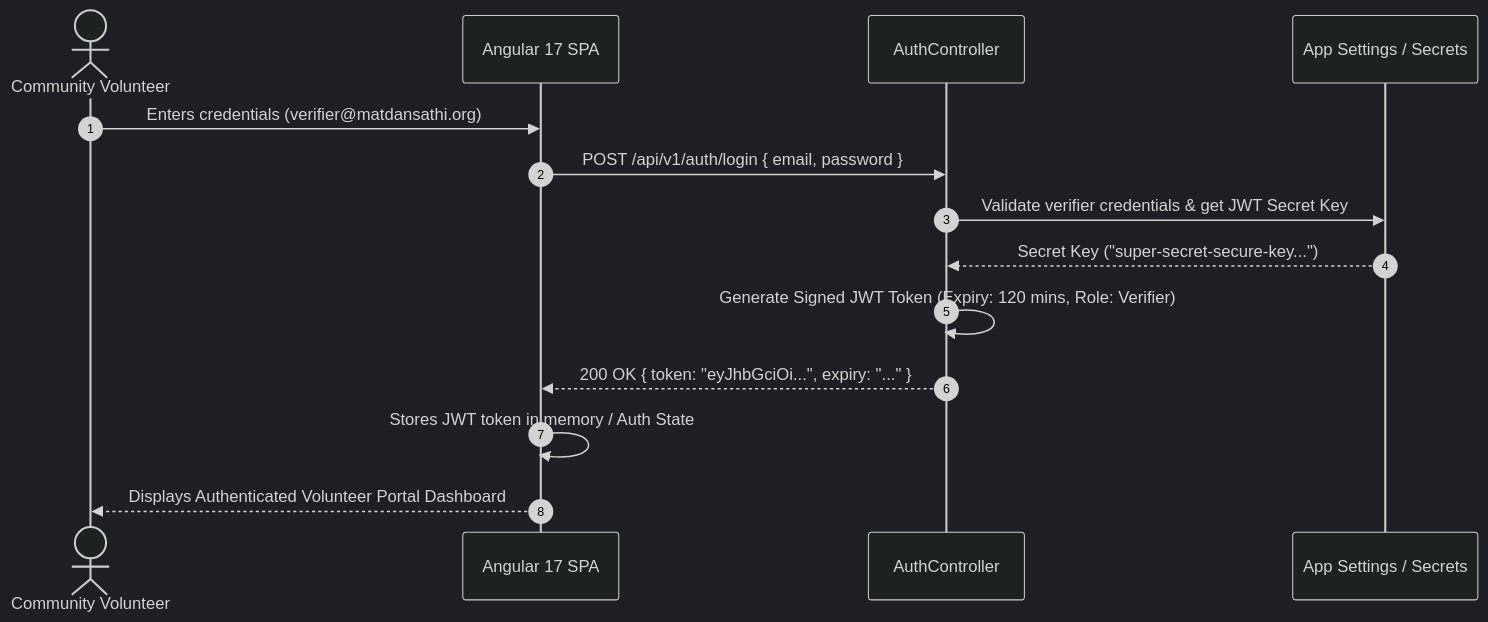
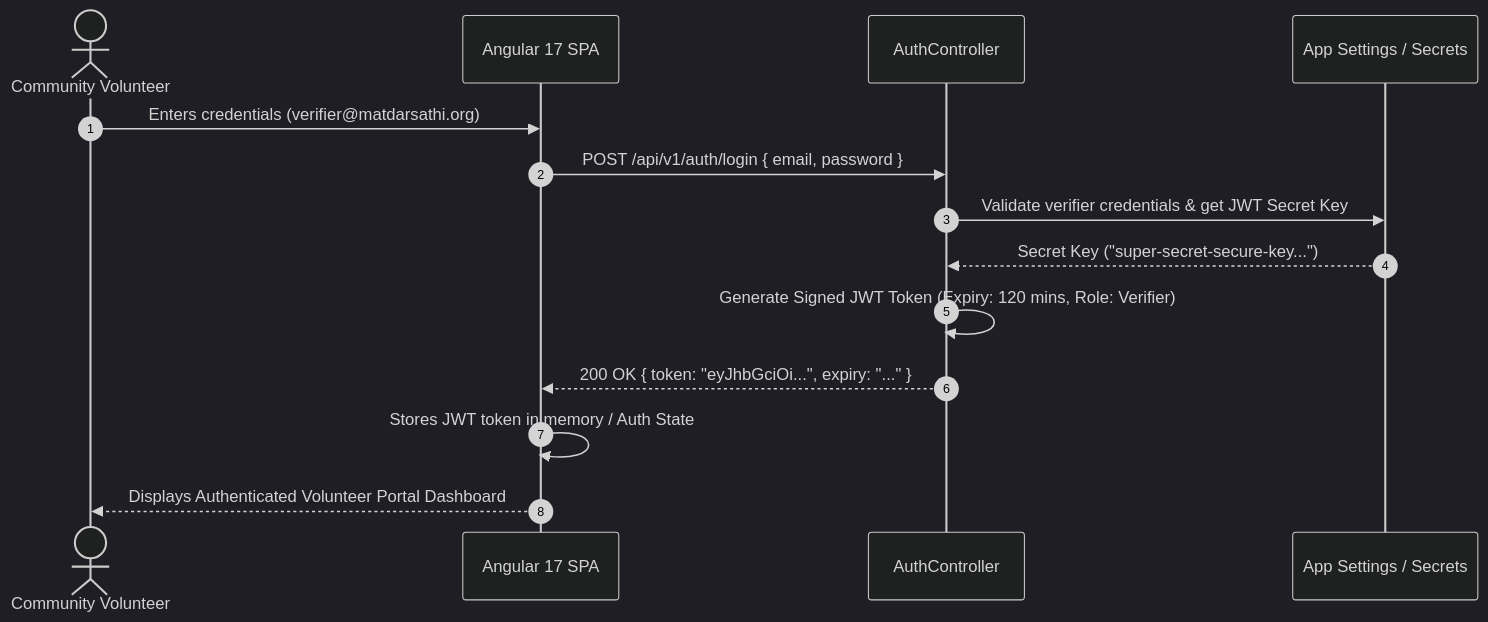
Before and after one commit to nparvezten/MatdanSathi: the fifth of 8 diagrams in docs/architecture/ENTERPRISE_ARCHITECTURE.md, drawn with Mermaid (dark theme). The commit also changed other lines of this file and 70 other files, not shown here.

````diff
--- a/docs/architecture/ENTERPRISE_ARCHITECTURE.md
+++ b/docs/architecture/ENTERPRISE_ARCHITECTURE.md
@@ -214,17 +214,17 @@
 ```mermaid
 sequenceDiagram
     autonumber
     actor Volunteer as Community Volunteer
     participant SPA as Angular 17 SPA
     participant Auth as AuthController
     participant Config as App Settings / Secrets
 
-    Volunteer->>SPA: Enters credentials (verifier@matdansathi.org)
+    Volunteer->>SPA: Enters credentials (verifier@matdarsathi.org)
     SPA->>Auth: POST /api/v1/auth/login { email, password }
     Auth->>Config: Validate verifier credentials & get JWT Secret Key
     Config-->>Auth: Secret Key ("super-secret-secure-key...")
     Auth->>Auth: Generate Signed JWT Token (Expiry: 120 mins, Role: Verifier)
     Auth-->>SPA: 200 OK { token: "eyJhbGciOi...", expiry: "..." }
     SPA->>SPA: Stores JWT token in memory / Auth State
     SPA-->>Volunteer: Displays Authenticated Volunteer Portal Dashboard
 ```
````
